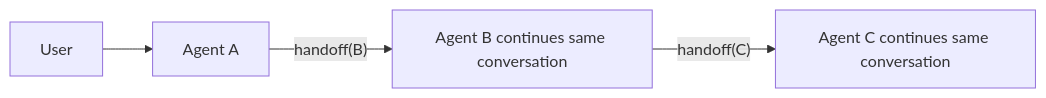
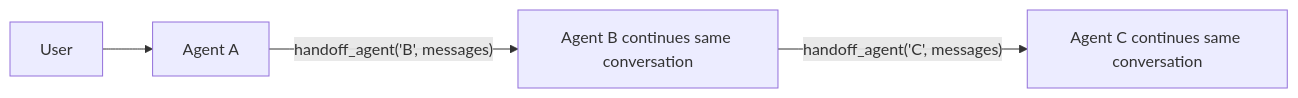
One commit to simonpfrank/agent-harness changed the tenth of 13 diagrams in docs/agentic-design-patterns.md. Above: the diagram before and after it, drawn with Mermaid. The commit also changed other lines of this file and 16 other files, not shown here.

````diff
--- a/docs/agentic-design-patterns.md
+++ b/docs/agentic-design-patterns.md
@@ -200,6 +196,6 @@
 ```mermaid
 flowchart LR
     A[User] --> B[Agent A]
-    B -->|"handoff(B)"| C[Agent B continues same conversation]
-    C -->|"handoff(C)"| D[Agent C continues same conversation]
+    B -->|"handoff_agent('B', messages)"| C[Agent B continues same conversation]
+    C -->|"handoff_agent('C', messages)"| D[Agent C continues same conversation]
 ```
````
